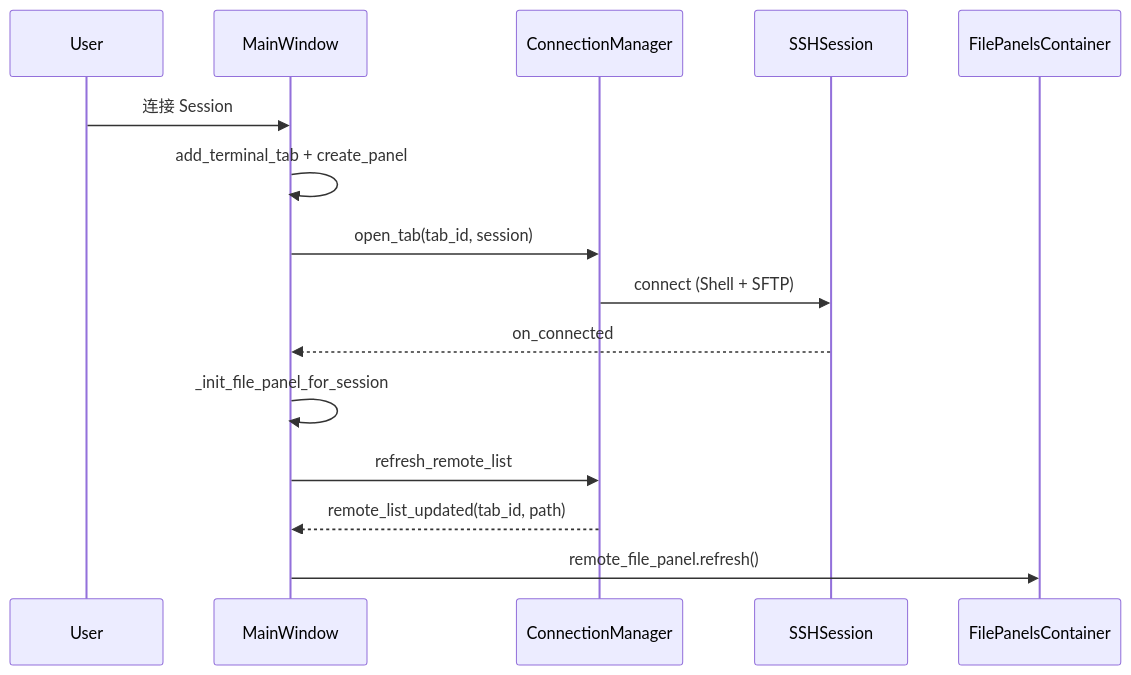
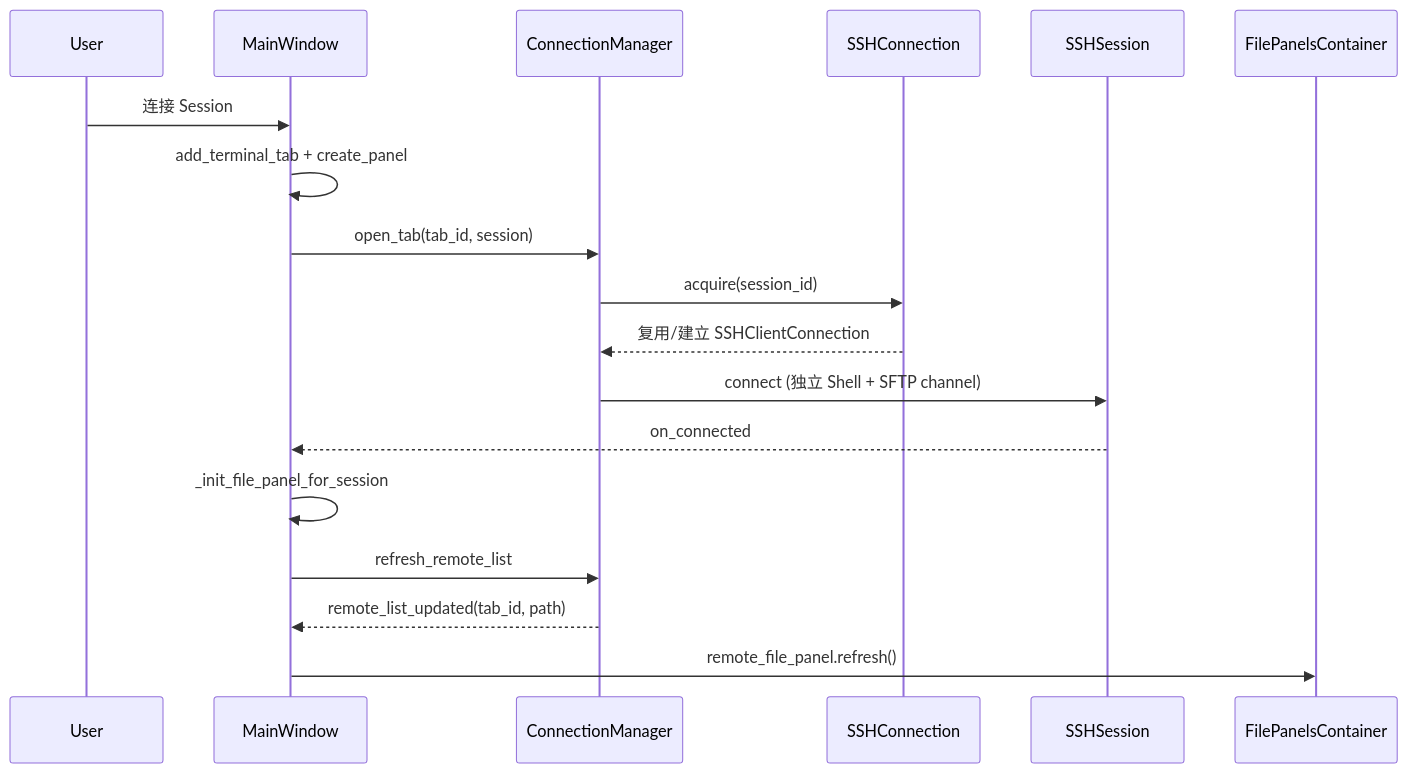
One commit to yinkaisheng/ykSSH changed the first of 2 diagrams in IMPLEMENTATION.md. Above: the diagram before and after it, drawn with Mermaid. The commit also changed other lines of this file and 4 other files, not shown here.

````diff
--- a/IMPLEMENTATION.md
+++ b/IMPLEMENTATION.md
@@ -680,18 +692,21 @@
 ```mermaid
 sequenceDiagram
     participant User
     participant MainWindow
     participant ConnMgr as ConnectionManager
+    participant Shared as SSHConnection
     participant SSH as SSHSession
     participant Files as FilePanelsContainer
 
     User->>MainWindow: 连接 Session
     MainWindow->>MainWindow: add_terminal_tab + create_panel
     MainWindow->>ConnMgr: open_tab(tab_id, session)
-    ConnMgr->>SSH: connect (Shell + SFTP)
+    ConnMgr->>Shared: acquire(session_id)
+    Shared-->>ConnMgr: 复用/建立 SSHClientConnection
+    ConnMgr->>SSH: connect (独立 Shell + SFTP channel)
     SSH-->>MainWindow: on_connected
     MainWindow->>MainWindow: _init_file_panel_for_session
     MainWindow->>ConnMgr: refresh_remote_list
     ConnMgr-->>MainWindow: remote_list_updated(tab_id, path)
     MainWindow->>Files: remote_file_panel.refresh()
 ```
````
